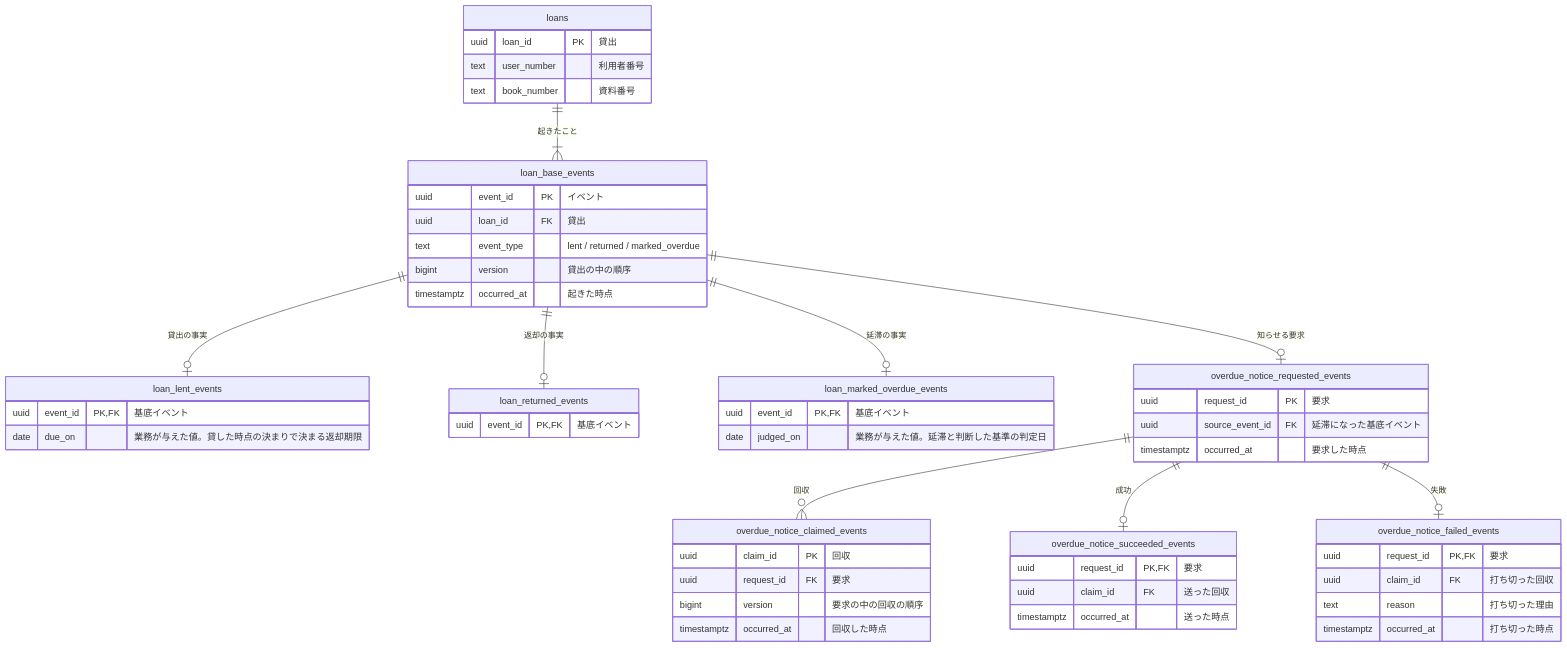
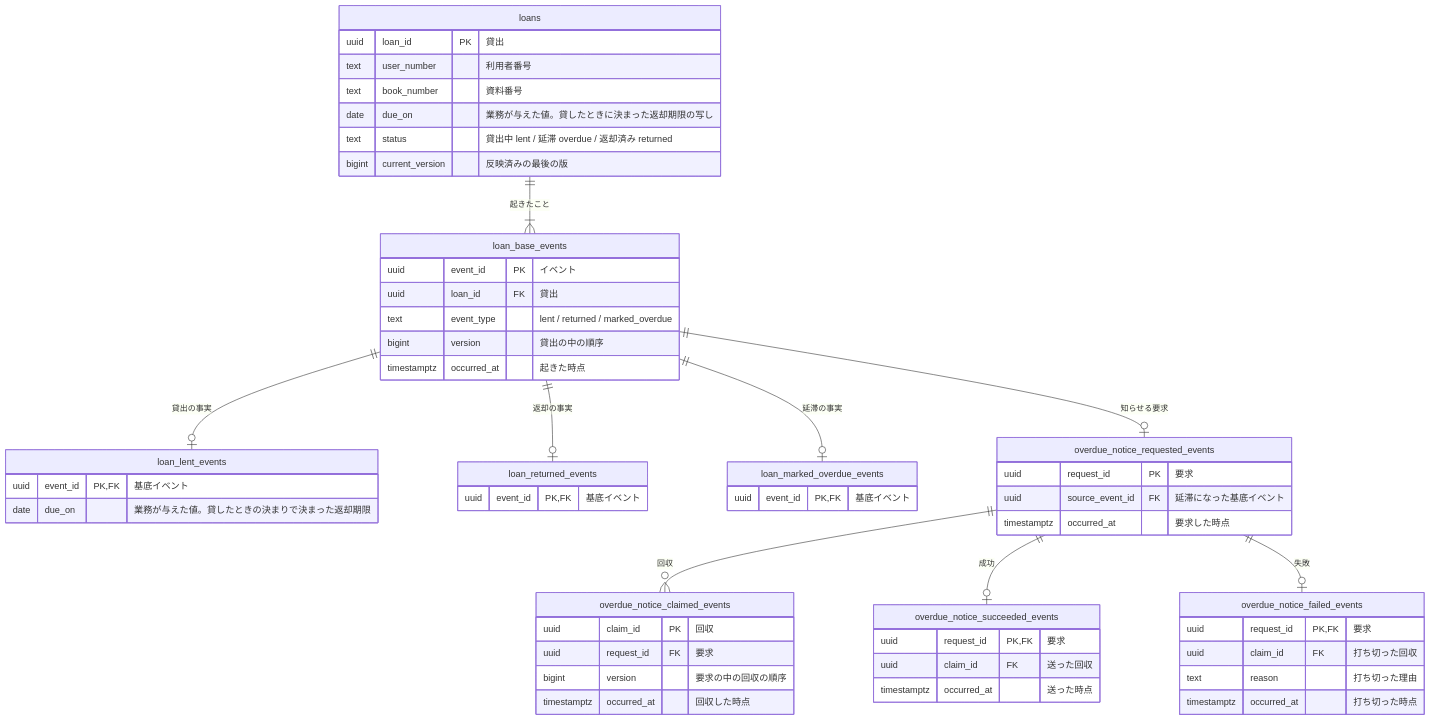
One commit to nakamori-naoya/write-doc-plugins changed the diagram in plugins/write-doc/skills/write-doc/assets/examples/rdb-logical-data-modeling.example.md. Above: the diagram before and after it, drawn with Mermaid. The commit also changed other lines of this file and 2 other files, not shown here.

````diff
--- a/plugins/write-doc/skills/write-doc/assets/examples/rdb-logical-data-modeling.example.md
+++ b/plugins/write-doc/skills/write-doc/assets/examples/rdb-logical-data-modeling.example.md
@@ -26,56 +26,58 @@
 ```mermaid
 erDiagram
     loans {
         uuid loan_id PK "貸出"
         text user_number "利用者番号"
         text book_number "資料番号"
+        date due_on "業務が与えた値。貸したときに決まった返却期限の写し"
+        text status "貸出中 lent / 延滞 overdue / 返却済み returned"
+        bigint current_version "反映済みの最後の版"
     }
     loan_base_events {
         uuid event_id PK "イベント"
         uuid loan_id FK "貸出"
         text event_type "lent / returned / marked_overdue"
         bigint version "貸出の中の順序"
         timestamptz occurred_at "起きた時点"
     }
     loan_lent_events {
         uuid event_id PK, FK "基底イベント"
-        date due_on "業務が与えた値。貸した時点の決まりで決まる返却期限"
+        date due_on "業務が与えた値。貸したときの決まりで決まった返却期限"
     }
     loan_returned_events {
         uuid event_id PK, FK "基底イベント"
     }
     loan_marked_overdue_events {
         uuid event_id PK, FK "基底イベント"
-        date judged_on "業務が与えた値。延滞と判断した基準の判定日"
     }
     overdue_notice_requested_events {
         uuid request_id PK "要求"
         uuid source_event_id FK "延滞になった基底イベント"
         timestamptz occurred_at "要求した時点"
     }
     overdue_notice_claimed_events {
         uuid claim_id PK "回収"
         uuid request_id FK "要求"
         bigint version "要求の中の回収の順序"
         timestamptz occurred_at "回収した時点"
     }
     overdue_notice_succeeded_events {
         uuid request_id PK, FK "要求"
         uuid claim_id FK "送った回収"
         timestamptz occurred_at "送った時点"
     }
     overdue_notice_failed_events {
         uuid request_id PK, FK "要求"
         uuid claim_id FK "打ち切った回収"
         text reason "打ち切った理由"
         timestamptz occurred_at "打ち切った時点"
     }
     loans ||--|{ loan_base_events : "起きたこと"
     loan_base_events ||--o| loan_lent_events : "貸出の事実"
     loan_base_events ||--o| loan_returned_events : "返却の事実"
     loan_base_events ||--o| loan_marked_overdue_events : "延滞の事実"
     loan_base_events ||--o| overdue_notice_requested_events : "知らせる要求"
     overdue_notice_requested_events ||--o{ overdue_notice_claimed_events : "回収"
     overdue_notice_requested_events ||--o| overdue_notice_succeeded_events : "成功"
     overdue_notice_requested_events ||--o| overdue_notice_failed_events : "失敗"
 ```
````
